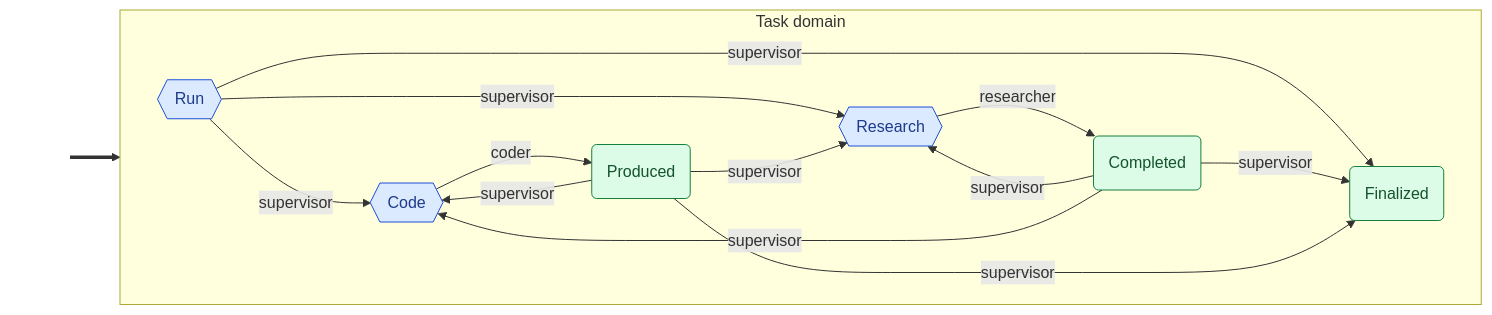
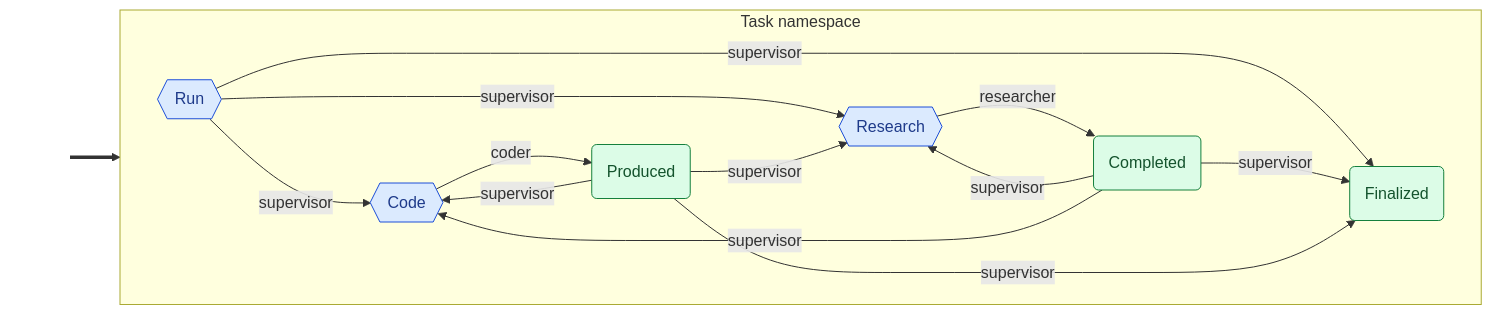
Before and after one commit to cadance-io/langgraph-events: the second of 2 diagrams in examples/supervisor.graph.md, drawn with Mermaid. The commit also changed other lines of this file and 44 other files, not shown here.

````diff
--- a/examples/supervisor.graph.md
+++ b/examples/supervisor.graph.md
@@ -44,32 +44,32 @@
 ```mermaid
 graph LR
     classDef entry fill:none,stroke:none,color:none
     classDef cmd fill:#dbeafe,stroke:#1d4ed8,color:#1e3a8a
     classDef devt fill:#dcfce7,stroke:#15803d,color:#14532d
     classDef intg fill:#ede9fe,stroke:#6d28d9,color:#4c1d95
     classDef syst fill:#fef3c7,stroke:#b45309,color:#78350f
     classDef halt fill:#fef3c7,stroke:#b45309,color:#78350f,stroke-width:3px,stroke-dasharray:4 2
     classDef inv fill:#ffedd5,stroke:#c2410c,color:#7c2d12
-    subgraph Task["Task domain"]
+    subgraph Task["Task namespace"]
         direction LR
         Code{{Code}}:::cmd
         Completed(Completed):::devt
         Finalized(Finalized):::devt
         Produced(Produced):::devt
         Research{{Research}}:::cmd
         Run{{Run}}:::cmd
     end
     _e0_[ ]:::entry ==> Run
     Run -->|supervisor| Research
     Run -->|supervisor| Code
     Run -->|supervisor| Finalized
     Completed -->|supervisor| Research
     Completed -->|supervisor| Code
     Completed -->|supervisor| Finalized
     Produced -->|supervisor| Research
     Produced -->|supervisor| Code
     Produced -->|supervisor| Finalized
     Research -->|researcher| Completed
     Code -->|coder| Produced
 %% Side-effect handlers: audit_trail (Auditable)
 ```
````
